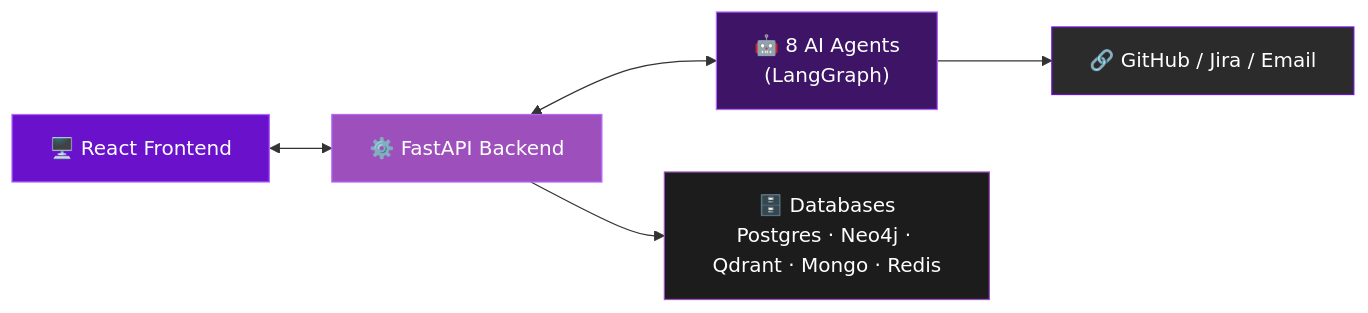
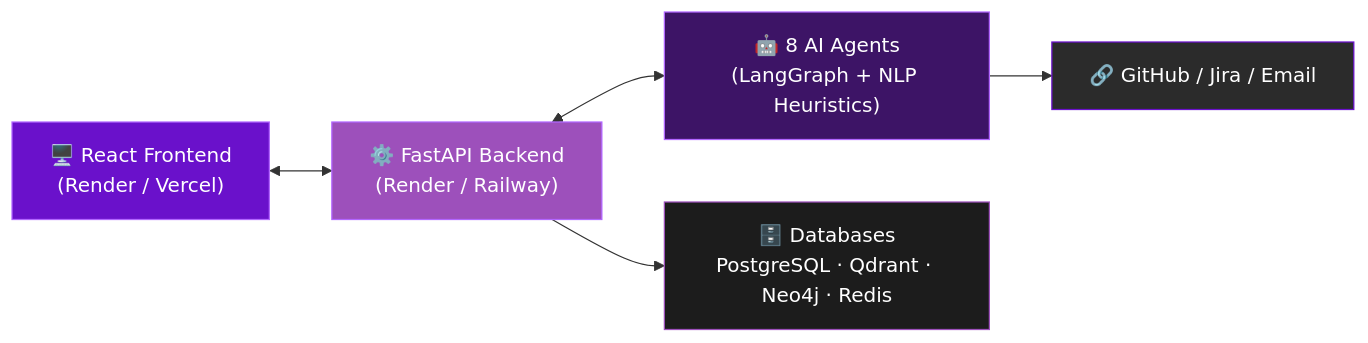
Before and after one commit to KalagiPandya/ScopeSentinel: the diagram in README.md, drawn with Mermaid. The commit also changed other lines of this file and 1 other file, not shown here.

````diff
--- a/README.md
+++ b/README.md
@@ -105,13 +113,13 @@
 ```mermaid
 flowchart LR
-    A["🖥️ React Frontend"] <--> B["⚙️ FastAPI Backend"]
-    B <--> C["🤖 8 AI Agents\n(LangGraph)"]
-    B --> D["🗄️ Databases\nPostgres · Neo4j · Qdrant · Mongo · Redis"]
+    A["🖥️ React Frontend\n(Render / Vercel)"] <--> B["⚙️ FastAPI Backend\n(Render / Railway)"]
+    B <--> C["🤖 8 AI Agents\n(LangGraph + NLP Heuristics)"]
+    B --> D["🗄️ Databases\nPostgreSQL · Qdrant · Neo4j · Redis"]
     C --> E["🔗 GitHub / Jira / Email"]
 
     style A fill:#6A11CB,stroke:#B266FF,color:#fff
     style B fill:#9D50BB,stroke:#B266FF,color:#fff
     style C fill:#3d1466,stroke:#B266FF,color:#fff
     style D fill:#1c1c1c,stroke:#9D50BB,color:#fff
     style E fill:#2b2b2b,stroke:#6A11CB,color:#fff
 ```
````
